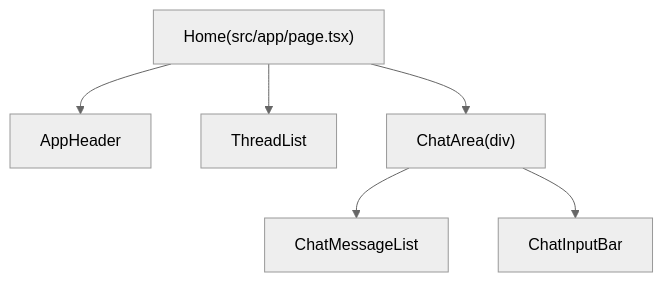
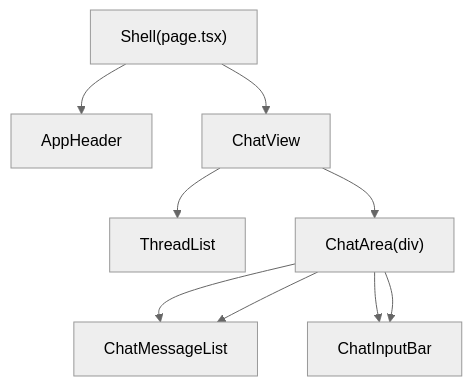
One commit to GarrettFleischer/maia changed the second of 4 diagrams in docs/architecture/frontend-architecture.md. Above: the diagram before and after it, drawn with Mermaid (neutral theme). The commit also changed other lines of this file and 12 other files, not shown here.

First line of the commit message:
docs: architecture and defaults updates

````diff
--- a/docs/architecture/frontend-architecture.md
+++ b/docs/architecture/frontend-architecture.md
@@ -54,8 +61,11 @@
 ```mermaid
 flowchart TD
-  homePage["Home(src/app/page.tsx)"] --> appHeader["AppHeader"]
-  homePage --> threadList["ThreadList"]
-  homePage --> chatArea["ChatArea(div)"]
+  shell["Shell(page.tsx)"] --> appHeader["AppHeader"]
+  shell --> chatView["ChatView"]
+  chatView --> threadList["ThreadList"]
+  chatView --> chatArea["ChatArea(div)"]
+  chatArea --> chatMessageList["ChatMessageList"]
+  chatArea --> chatInputBar["ChatInputBar"]
   chatArea --> chatMessageList["ChatMessageList"]
   chatArea --> chatInputBar["ChatInputBar"]
 ```
````
